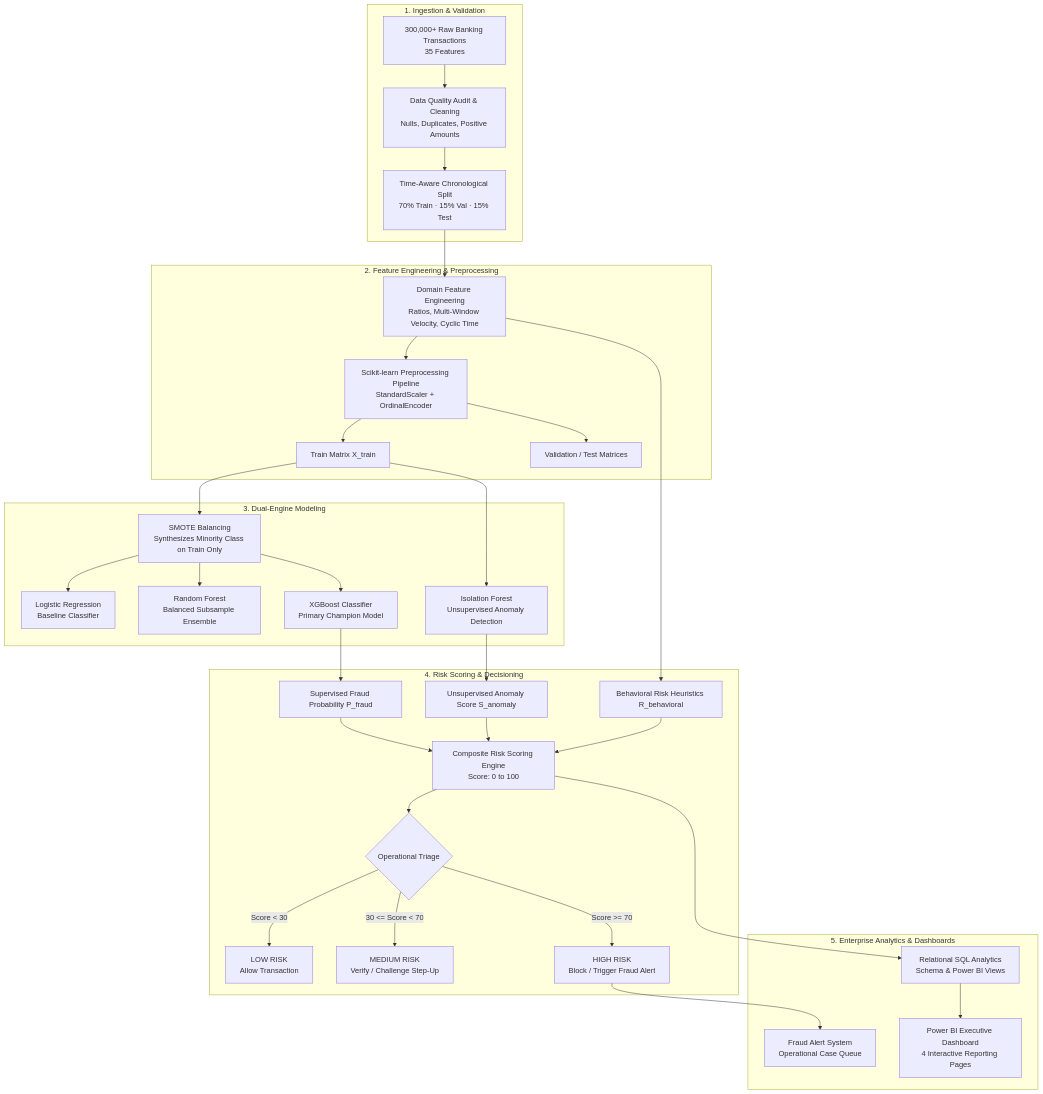
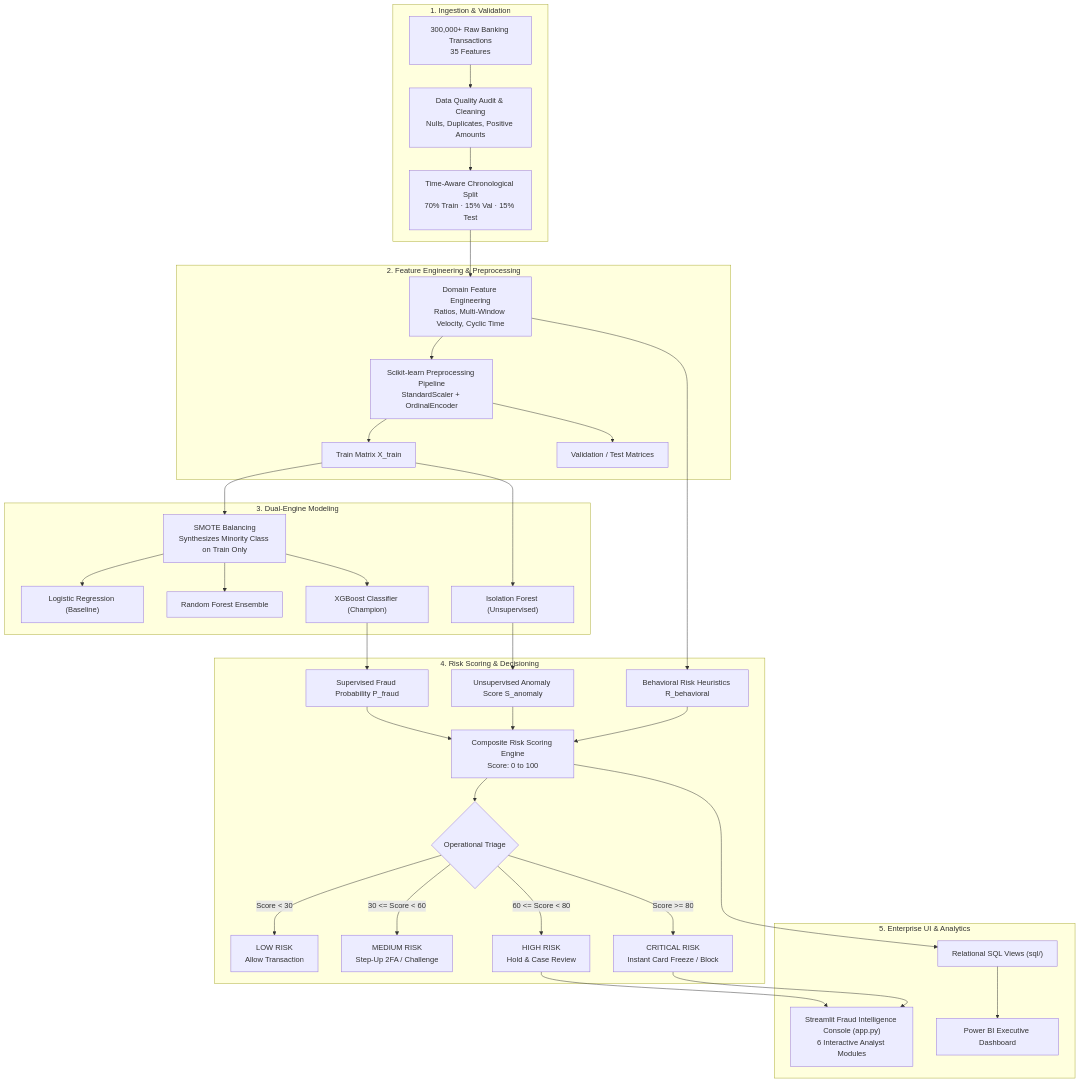
The diagram in README.md (singhs143143-gif/Bank-Fraud-Prediction), drawn with Mermaid before and after one commit. The commit also changed other lines of this file, not shown here.

Commit message:
Document Streamlit Cloud deployment

````diff
--- a/README.md
+++ b/README.md
@@ -47,39 +80,40 @@
 ```mermaid
 flowchart TD
     subgraph Ingestion["1. Ingestion & Validation"]
-        A[300,000+ Raw Banking Transactions\n35 Features] --> B[Data Quality Audit & Cleaning\nNulls, Duplicates, Positive Amounts]
-        B --> C[Time-Aware Chronological Split\n70% Train · 15% Val · 15% Test]
+        A["300,000+ Raw Banking Transactions<br/>35 Features"] --> B["Data Quality Audit & Cleaning<br/>Nulls, Duplicates, Positive Amounts"]
+        B --> C["Time-Aware Chronological Split<br/>70% Train · 15% Val · 15% Test"]
     end
 
     subgraph FeatureEngineering["2. Feature Engineering & Preprocessing"]
-        C --> D[Domain Feature Engineering\nRatios, Multi-Window Velocity, Cyclic Time]
-        D --> E[Scikit-learn Preprocessing Pipeline\nStandardScaler + OrdinalEncoder]
-        E --> F1[Train Matrix X_train]
-        E --> F2[Validation / Test Matrices]
+        C --> D["Domain Feature Engineering<br/>Ratios, Multi-Window Velocity, Cyclic Time"]
+        D --> E["Scikit-learn Preprocessing Pipeline<br/>StandardScaler + OrdinalEncoder"]
+        E --> F1["Train Matrix X_train"]
+        E --> F2["Validation / Test Matrices"]
     end
 
     subgraph Modeling["3. Dual-Engine Modeling"]
-        F1 --> G1[SMOTE Balancing\nSynthesizes Minority Class on Train Only]
-        G1 --> H1[Logistic Regression\nBaseline Classifier]
-        G1 --> H2[Random Forest\nBalanced Subsample Ensemble]
-        G1 --> H3[XGBoost Classifier\nPrimary Champion Model]
-        F1 --> H4[Isolation Forest\nUnsupervised Anomaly Detection]
+        F1 --> G1["SMOTE Balancing<br/>Synthesizes Minority Class on Train Only"]
+        G1 --> H1["Logistic Regression (Baseline)"]
+        G1 --> H2["Random Forest Ensemble"]
+        G1 --> H3["XGBoost Classifier (Champion)"]
+        F1 --> H4["Isolation Forest (Unsupervised)"]
     end
 
     subgraph Scoring["4. Risk Scoring & Decisioning"]
-        H3 --> I1[Supervised Fraud Probability P_fraud]
-        H4 --> I2[Unsupervised Anomaly Score S_anomaly]
-        D --> I3[Behavioral Risk Heuristics R_behavioral]
-        I1 & I2 & I3 --> J[Composite Risk Scoring Engine\nScore: 0 to 100]
-        J --> K{Operational Triage}
-        K -->|Score < 30| L1[LOW RISK\nAllow Transaction]
-        K -->|30 <= Score < 70| L2[MEDIUM RISK\nVerify / Challenge Step-Up]
-        K -->|Score >= 70| L3[HIGH RISK\nBlock / Trigger Fraud Alert]
+        H3 --> I1["Supervised Fraud Probability P_fraud"]
+        H4 --> I2["Unsupervised Anomaly Score S_anomaly"]
+        D --> I3["Behavioral Risk Heuristics R_behavioral"]
+        I1 & I2 & I3 --> J["Composite Risk Scoring Engine<br/>Score: 0 to 100"]
+        J --> K{"Operational Triage"}
+        K -->|Score < 30| L1["LOW RISK<br/>Allow Transaction"]
+        K -->|30 <= Score < 60| L2["MEDIUM RISK<br/>Step-Up 2FA / Challenge"]
+        K -->|60 <= Score < 80| L3["HIGH RISK<br/>Hold & Case Review"]
+        K -->|Score >= 80| L4["CRITICAL RISK<br/>Instant Card Freeze / Block"]
     end
 
-    subgraph Analytics["5. Enterprise Analytics & Dashboards"]
-        L3 --> M1[Fraud Alert System\nOperational Case Queue]
-        J --> M2[Relational SQL Analytics\nSchema & Power BI Views]
-        M2 --> M3[Power BI Executive Dashboard\n4 Interactive Reporting Pages]
+    subgraph Analytics["5. Enterprise UI & Analytics"]
+        L3 & L4 --> M1["Streamlit Fraud Intelligence Console (app.py)<br/>6 Interactive Analyst Modules"]
+        J --> M2["Relational SQL Views (sql/)"]
+        M2 --> M3["Power BI Executive Dashboard"]
     end
 ```
````
